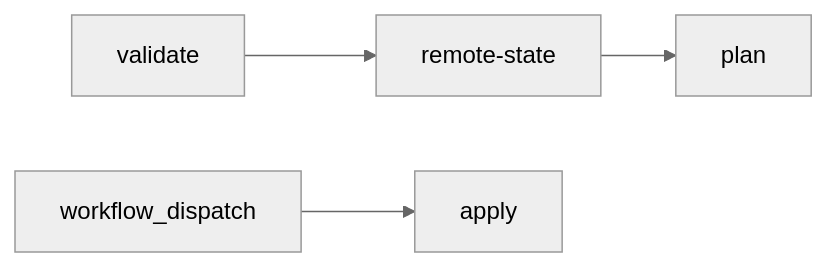
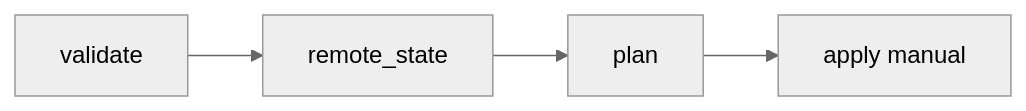
Before and after one commit to faust8888/architecture-future_2_0: the diagram in Task2Advanced/README.md, drawn with Mermaid (neutral theme). The commit also changed other lines of this file and 3 other files, not shown here.

````diff
--- a/Task2Advanced/README.md
+++ b/Task2Advanced/README.md
@@ -137,6 +135,6 @@
 ```mermaid
 flowchart LR
-  A[validate] --> B[remote-state]
+  A[validate] --> B[remote_state]
   B --> C[plan]
-  D[workflow_dispatch] --> E[apply]
+  C --> D[apply manual]
 ```
````
